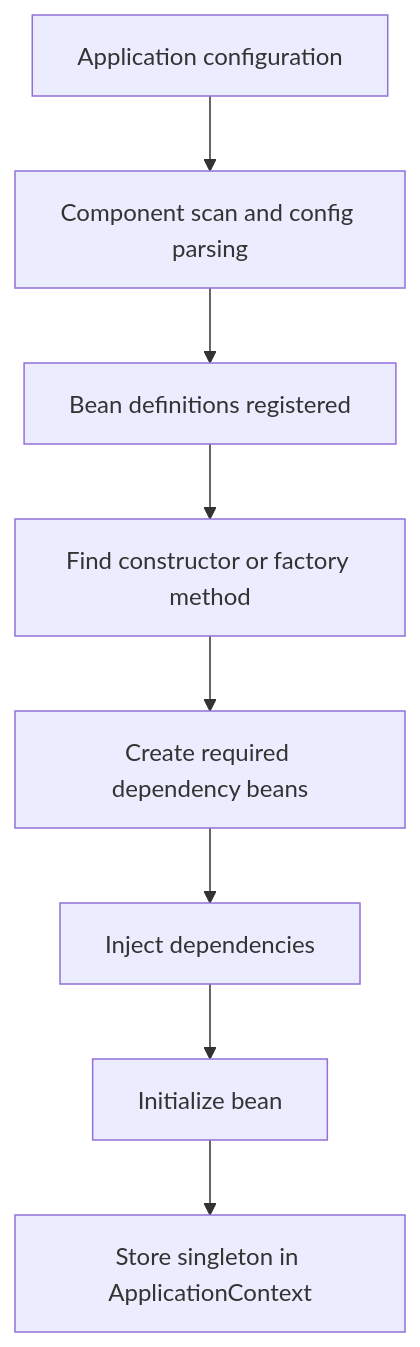
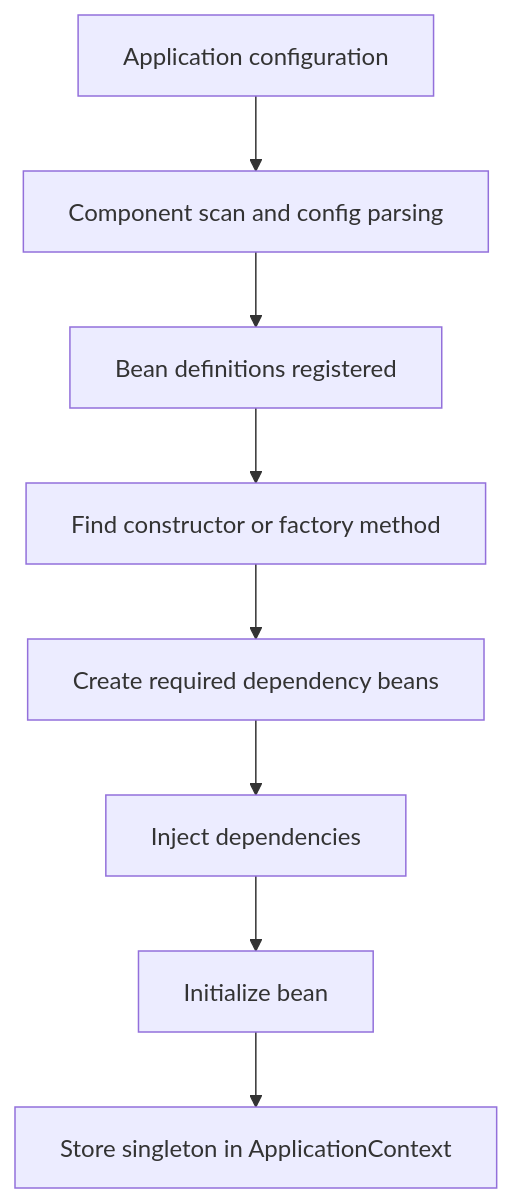
Before and after one commit to Yash-777/CodeTrove: the first of 3 diagrams in src/data/topics/backend/spring/ioc-di/content.md, drawn with Mermaid. The commit also changed 2 other files, not shown here.

Commit message:
fix(mermaid): prevent flowchart labels from wrapping prematurely
Mermaid wraps SVG text labels at the default flowchart wrappingWidth
(200px), which split short labels like "Application configuration"
across two lines in top-down flowcharts.

- Set flowchart.wrappingWidth to 400 in mermaid.initialize

````diff
--- a/src/data/topics/backend/spring/ioc-di/content.md
+++ b/src/data/topics/backend/spring/ioc-di/content.md
@@ -63,10 +63,15 @@
 ```mermaid
+---
+config:
+  flowchart:
+    wrappingWidth: 400
+---
 flowchart TD
     A[Application configuration] --> B[Component scan and config parsing]
     B --> C[Bean definitions registered]
     C --> D[Find constructor or factory method]
     D --> E[Create required dependency beans]
     E --> F[Inject dependencies]
     F --> G[Initialize bean]
     G --> H[Store singleton in ApplicationContext]
 ```
````
